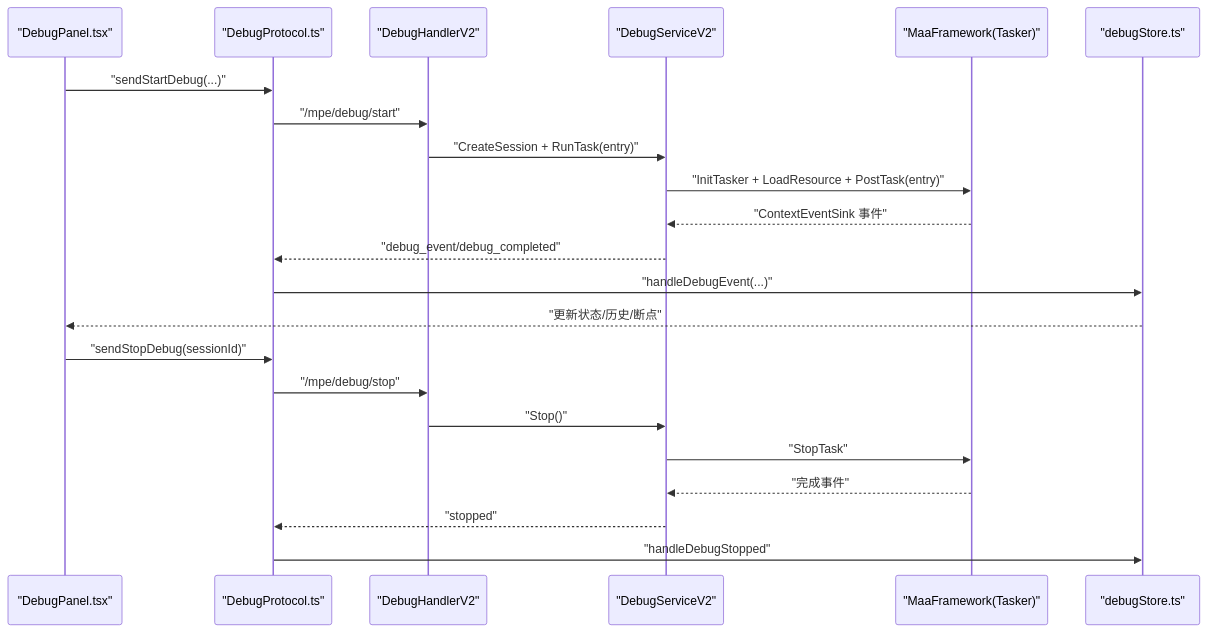
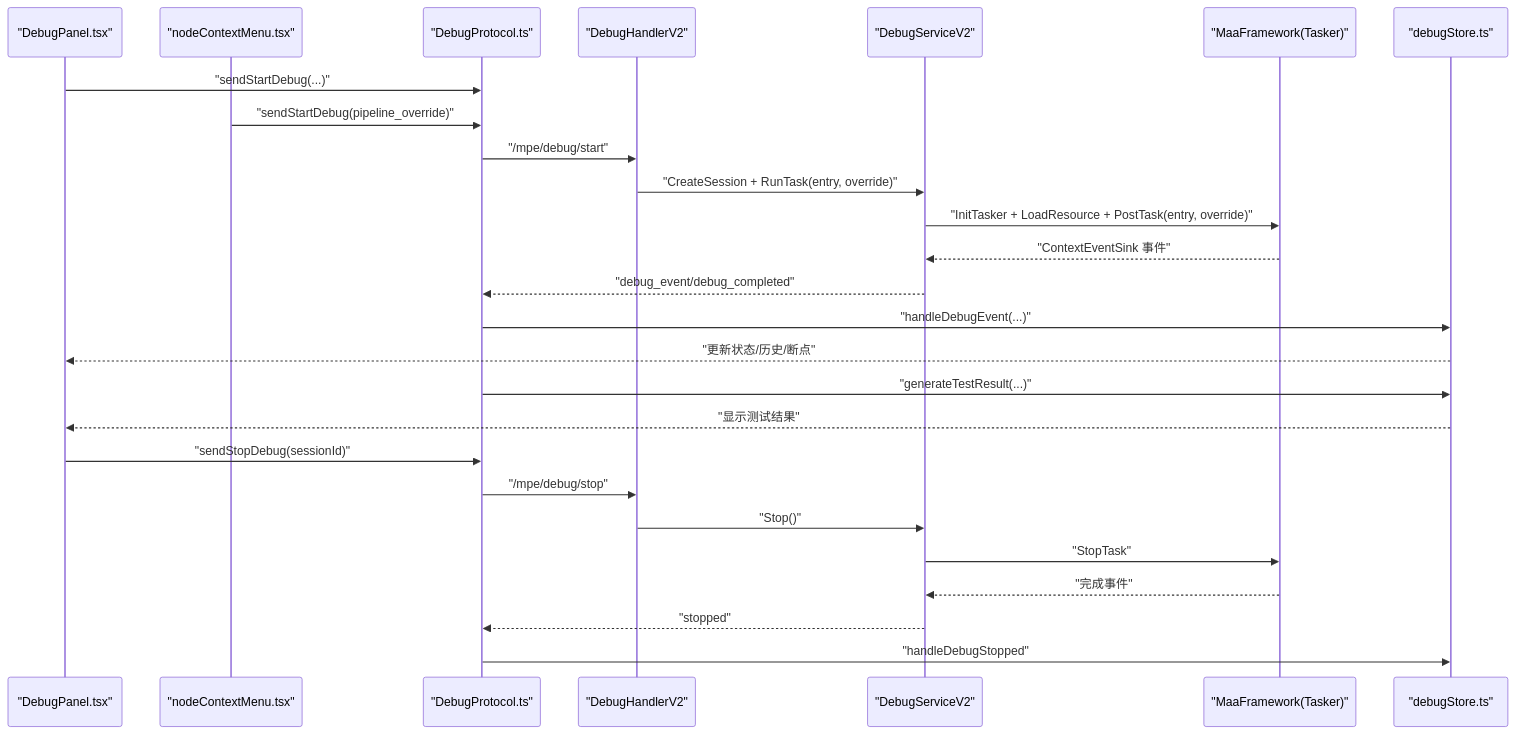
The second of 3 diagrams in .qoder/repowiki/zh/content/核心概念/调试框架.md (kqcoxn/MaaPipelineEditor), drawn with Mermaid before and after one commit. The commit also changed other lines of this file and 23 other files, not shown here.

````diff
--- a/.qoder/repowiki/zh/content/核心概念/调试框架.md
+++ b/.qoder/repowiki/zh/content/核心概念/调试框架.md
@@ -110,24 +116,28 @@
 ```mermaid
 sequenceDiagram
 participant UI as "DebugPanel.tsx"
+participant NC as "nodeContextMenu.tsx"
 participant Proto as "DebugProtocol.ts"
 participant Handler as "DebugHandlerV2"
 participant Svc as "DebugServiceV2"
 participant FW as "MaaFramework(Tasker)"
 participant UI2 as "debugStore.ts"
 UI->>Proto : "sendStartDebug(...)"
+NC->>Proto : "sendStartDebug(pipeline_override)"
 Proto->>Handler : "/mpe/debug/start"
-Handler->>Svc : "CreateSession + RunTask(entry)"
-Svc->>FW : "InitTasker + LoadResource + PostTask(entry)"
+Handler->>Svc : "CreateSession + RunTask(entry, override)"
+Svc->>FW : "InitTasker + LoadResource + PostTask(entry, override)"
 FW-->>Svc : "ContextEventSink 事件"
 Svc-->>Proto : "debug_event/debug_completed"
 Proto->>UI2 : "handleDebugEvent(...)"
 UI2-->>UI : "更新状态/历史/断点"
+Proto->>UI2 : "generateTestResult(...)"
+UI2-->>UI : "显示测试结果"
 UI->>Proto : "sendStopDebug(sessionId)"
 Proto->>Handler : "/mpe/debug/stop"
 Handler->>Svc : "Stop()"
 Svc->>FW : "StopTask"
 FW-->>Svc : "完成事件"
 Svc-->>Proto : "stopped"
 Proto->>UI2 : "handleDebugStopped"
 ```
````
